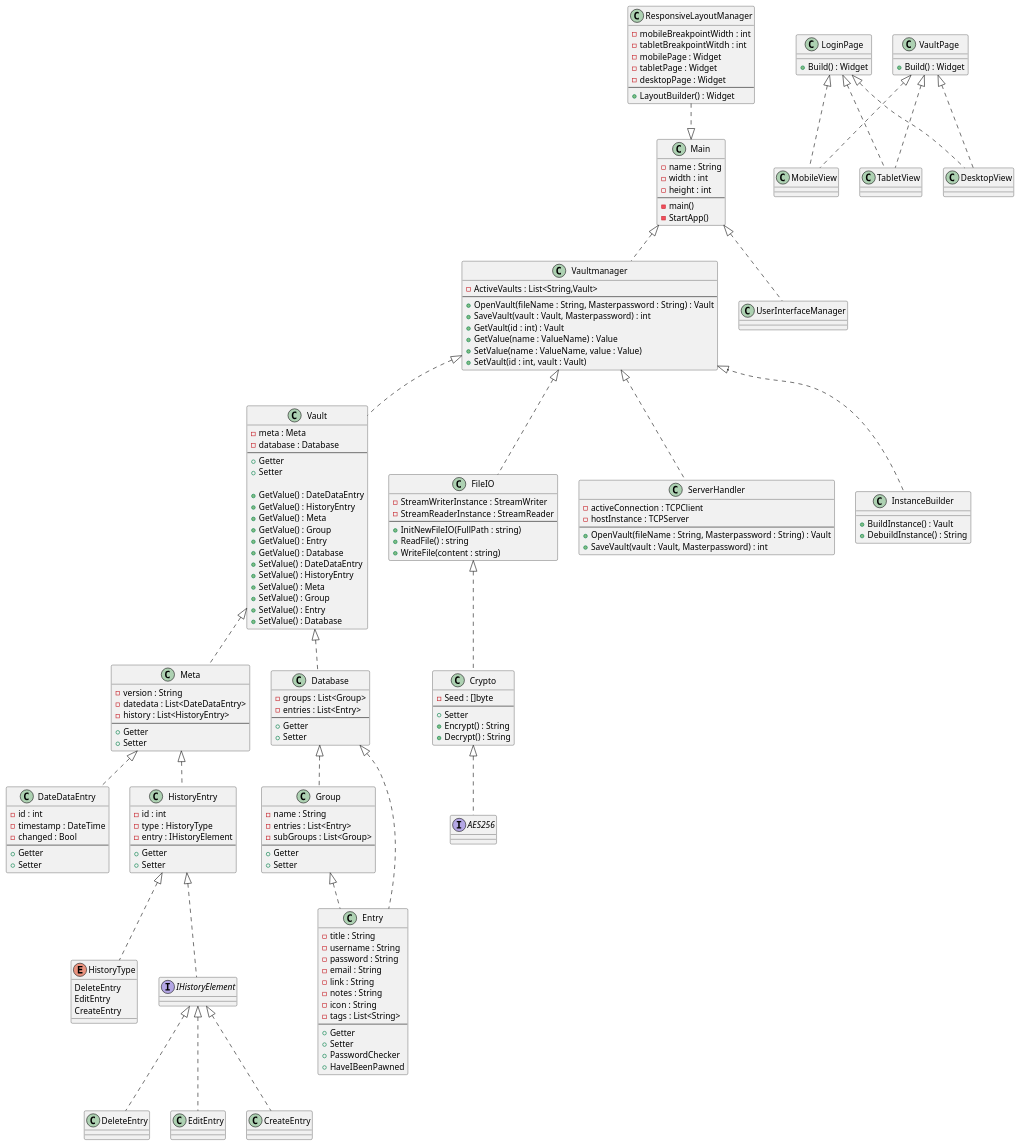
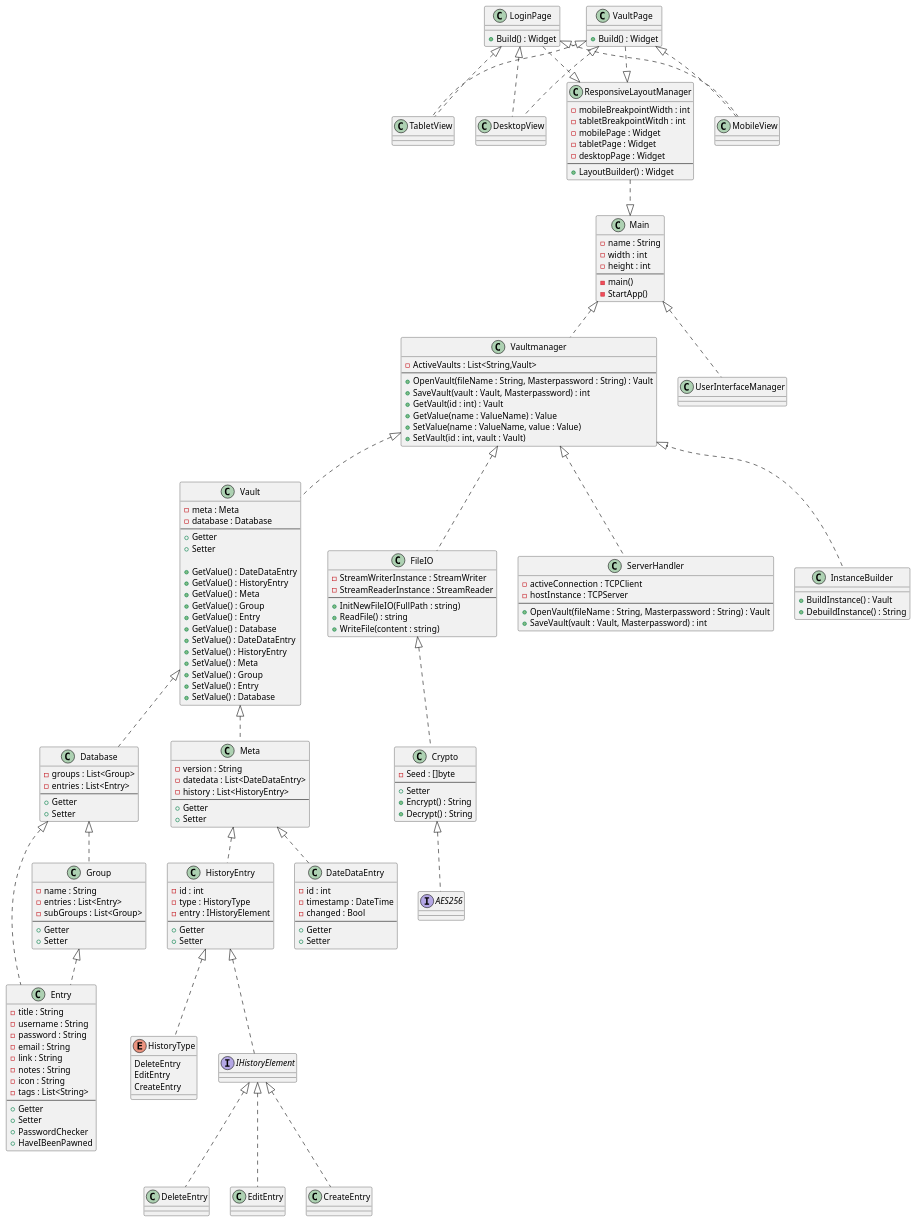
One commit to rogue4u/SWEP-Passwordmanager changed the diagram in docs/ClassDiagram.plantuml. Above: the diagram before and after it, drawn with PlantUML.

```diff
--- a/docs/ClassDiagram.plantuml
+++ b/docs/ClassDiagram.plantuml
@@ -3,192 +3,198 @@
 @startuml ClassDiagram
 
 Main <|.. Vaultmanager
 Main <|.. UserInterfaceManager
 class Main {
     - name : String
     - width : int
     - height : int
     ---
     - main()
     - StartApp()
 }
 
 Vault <|.. Meta
 Vault <|.. Database
 class Vault {
     - meta : Meta
     - database : Database
     ---
     + Getter
     + Setter
 
     + GetValue() : DateDataEntry
     + GetValue() : HistoryEntry
     + GetValue() : Meta
     + GetValue() : Group
     + GetValue() : Entry
     + GetValue() : Database
     + SetValue() : DateDataEntry
     + SetValue() : HistoryEntry
     + SetValue() : Meta
     + SetValue() : Group
     + SetValue() : Entry
     + SetValue() : Database
 }
 
 Meta <|.. DateDataEntry
 Meta <|.. HistoryEntry
 class Meta {
     - version : String
     - datedata : List<DateDataEntry>
     - history : List<HistoryEntry>
     ---
     + Getter
     + Setter
 }
 
 class DateDataEntry {
     - id : int
     - timestamp : DateTime
     - changed : Bool
     ---
     + Getter
     + Setter
 }
 HistoryEntry <|.. HistoryType
 HistoryEntry <|.. IHistoryElement
 class HistoryEntry {
     - id : int
     - type : HistoryType
     - entry : IHistoryElement
     ---
     + Getter
     + Setter
 }
 enum HistoryType {
     DeleteEntry
     EditEntry
     CreateEntry
 }
 IHistoryElement <|.. DeleteEntry
 IHistoryElement <|.. EditEntry
 IHistoryElement <|.. CreateEntry
 interface IHistoryElement
 class DeleteEntry
 class EditEntry
 class EditEntry
 
 Database <|.. Group
 Database <|.. Entry
 class Database {
     - groups : List<Group>
     - entries : List<Entry>
     ---
     + Getter
     + Setter
 }
 
 Group <|.. Entry
 class Group {
     - name : String
     - entries : List<Entry>
     - subGroups : List<Group>
     ---
     + Getter
     + Setter
 }
 
 class Entry {
     - title : String
     - username : String
     - password : String
     - email : String
     - link : String
     - notes : String
     - icon : String
     - tags : List<String>
     ---
     + Getter
     + Setter
     + PasswordChecker
     + HaveIBeenPawned
 }
 
 Vaultmanager <|.. FileIO
 Vaultmanager <|.. Vault
 Vaultmanager <|.. ServerHandler
 Vaultmanager <|.. InstanceBuilder
 class Vaultmanager {
     - ActiveVaults : List<String,Vault>
     ---
     + OpenVault(fileName : String, Masterpassword : String) : Vault
     + SaveVault(vault : Vault, Masterpassword) : int
     + GetVault(id : int) : Vault
     + GetValue(name : ValueName) : Value
     + SetValue(name : ValueName, value : Value)
     + SetVault(id : int, vault : Vault)
 }
 FileIO <|.. Crypto
 class FileIO {
     - StreamWriterInstance : StreamWriter
     - StreamReaderInstance : StreamReader
     ---
     + InitNewFileIO(FullPath : string)
     + ReadFile() : string
     + WriteFile(content : string)
 }
 
 class ServerHandler {
     - activeConnection : TCPClient
     - hostInstance : TCPServer
     ---
     + OpenVault(fileName : String, Masterpassword : String) : Vault
     + SaveVault(vault : Vault, Masterpassword) : int
 }
 
 class InstanceBuilder {
     + BuildInstance() : Vault
     + DebuildInstance() : String
 }
 
 Crypto <|.. AES256
 class Crypto {
     - Seed : []byte
     ---
     + Setter
     + Encrypt() : String
     + Decrypt() : String
 }
 
 interface AES256 {}
 
 ResponsiveLayoutManager ..|> Main
+LoginPage ..|> ResponsiveLayoutManager
+VaultPage ..|> ResponsiveLayoutManager
 class ResponsiveLayoutManager {
     - mobileBreakpointWidth : int
     - tabletBreakpointWitdh : int
     - mobilePage : Widget
     - tabletPage : Widget
     - desktopPage : Widget
     ---
     + LayoutBuilder() : Widget
 }
-class MobileView {
-}
-class TabletView {
-}
-class DesktopView {
-}
+
 LoginPage <|.. MobileView
 LoginPage <|.. TabletView
 LoginPage <|.. DesktopView
 class LoginPage  {
     + Build() : Widget
 }
 VaultPage <|.. MobileView
 VaultPage <|.. TabletView
 VaultPage <|.. DesktopView
 class VaultPage {
     + Build() : Widget
 }
 
+
+
+class MobileView {
+}
+class TabletView {
+}
+class DesktopView {
+}
+
 @enduml
```
